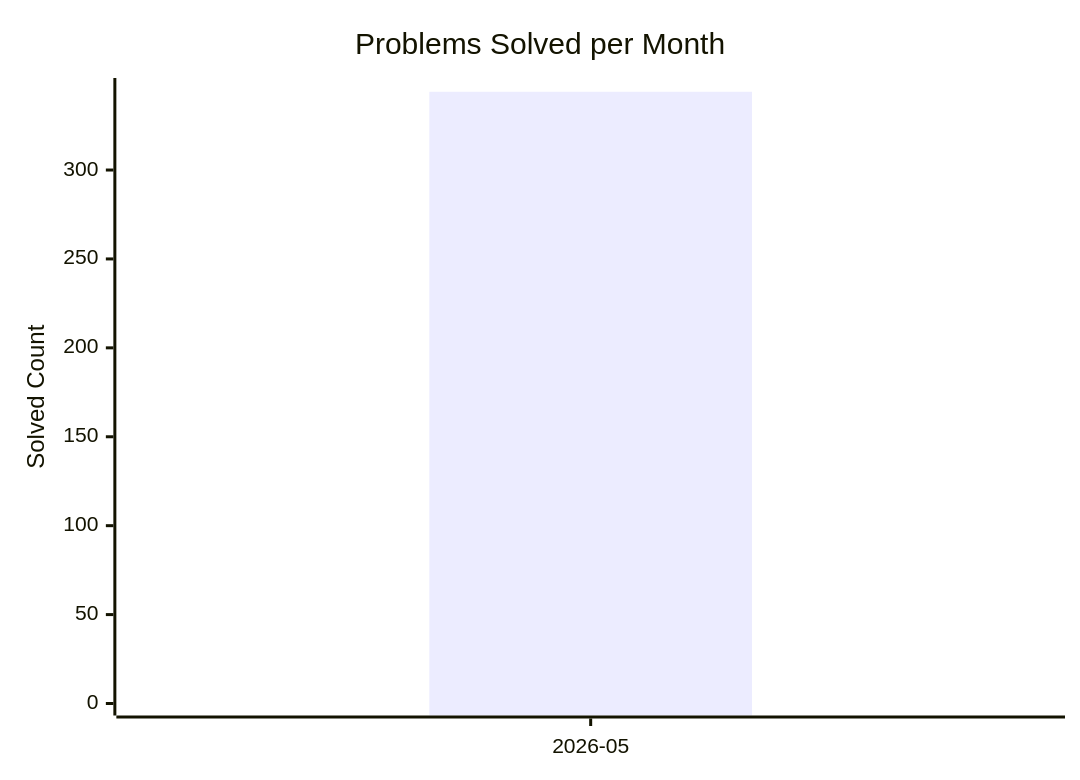
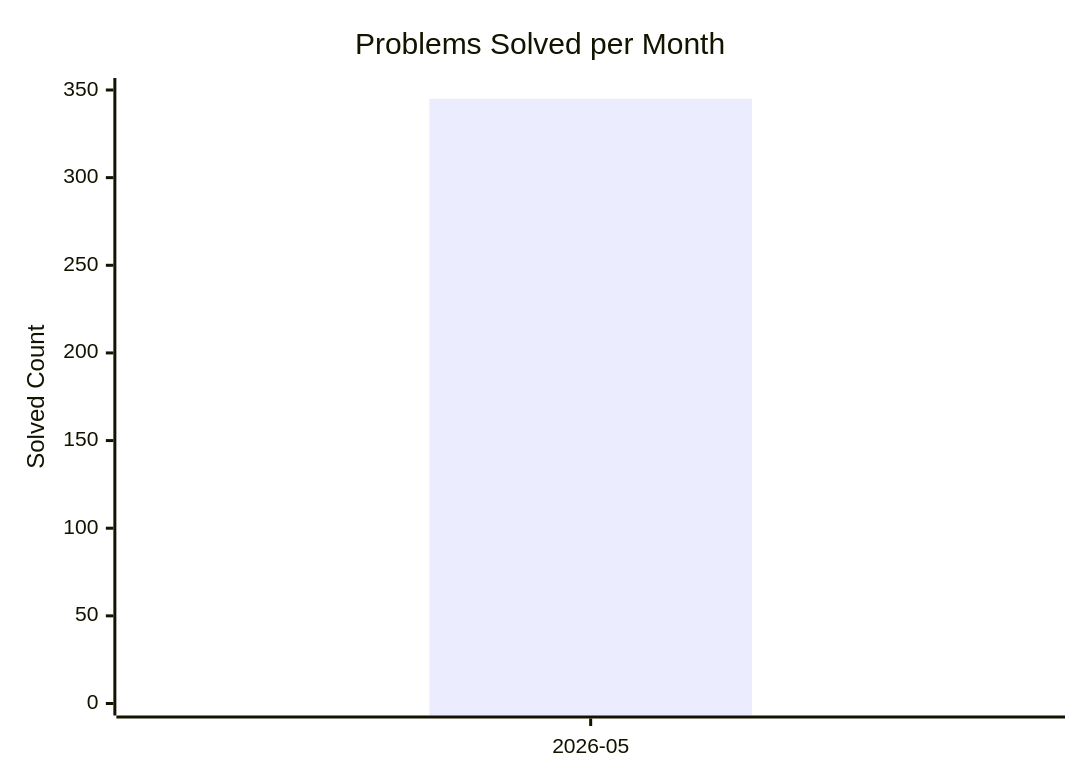
One commit to AdityaPandey-DEV/CP-Progress-Sync changed the diagram in dashboard.md. Above: the diagram before and after it, drawn with Mermaid. The commit also changed other lines of this file, not shown here.

Commit message:
Auto-update CP dashboard [skip ci]

````diff
--- a/dashboard.md
+++ b/dashboard.md
@@ -8,8 +8,8 @@
 ```mermaid
 xychart-beta
     title "Problems Solved per Month"
     x-axis ["2026-05"]
-    y-axis "Solved Count" 0 --> 345
-    bar [344]
-    line [344]
+    y-axis "Solved Count" 0 --> 350
+    bar [345]
+    line [345]
 ```
````
